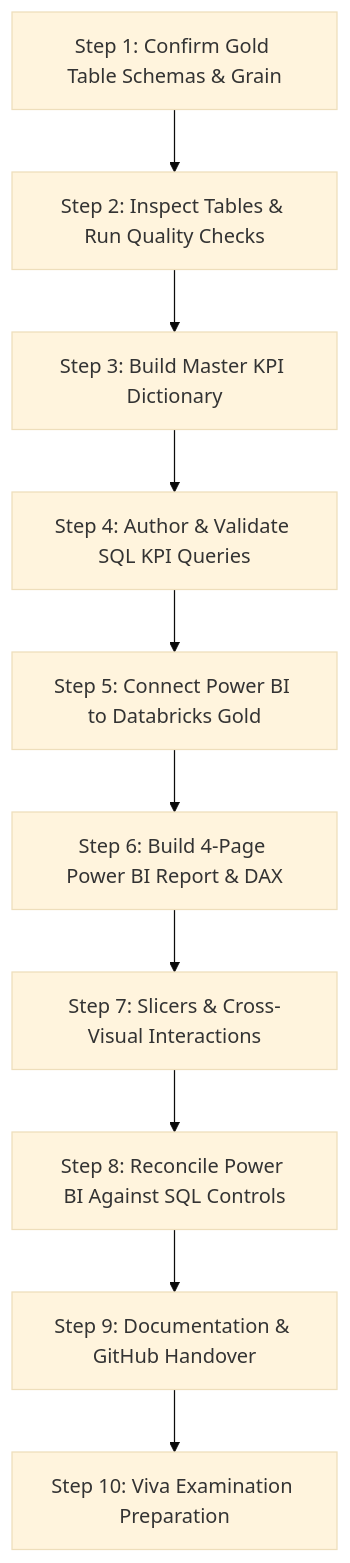
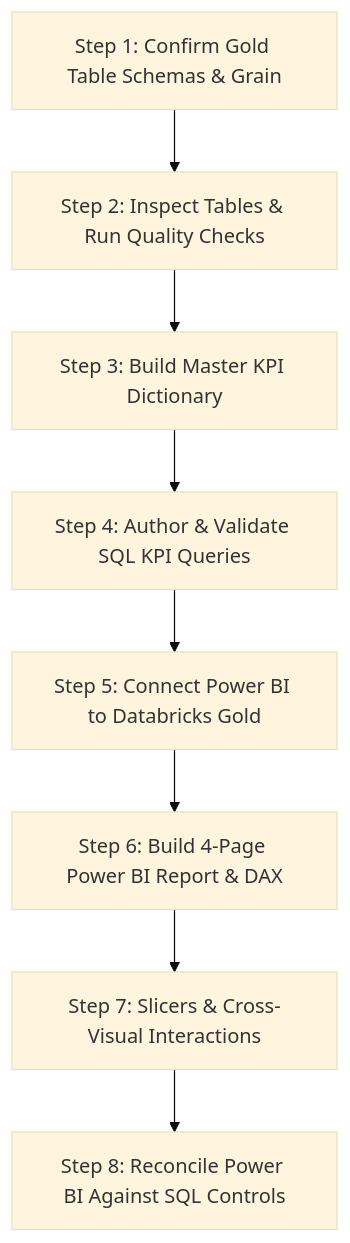
One commit to ridhi2307/Telecom-Project changed the diagram in README.md. Above: the diagram before and after it, drawn with Mermaid (base theme). The commit also changed other lines of this file, not shown here.

````diff
--- a/README.md
+++ b/README.md
@@ -43,12 +43,10 @@
 ```mermaid
 flowchart TD
     S1["Step 1: Confirm Gold Table Schemas & Grain"] --> S2["Step 2: Inspect Tables & Run Quality Checks"]
     S2 --> S3["Step 3: Build Master KPI Dictionary"]
     S3 --> S4["Step 4: Author & Validate SQL KPI Queries"]
     S4 --> S5["Step 5: Connect Power BI to Databricks Gold"]
     S5 --> S6["Step 6: Build 4-Page Power BI Report & DAX"]
     S6 --> S7["Step 7: Slicers & Cross-Visual Interactions"]
     S7 --> S8["Step 8: Reconcile Power BI Against SQL Controls"]
-    S8 --> S9["Step 9: Documentation & GitHub Handover"]
-    S9 --> S10["Step 10: Viva Examination Preparation"]
 ```
````
